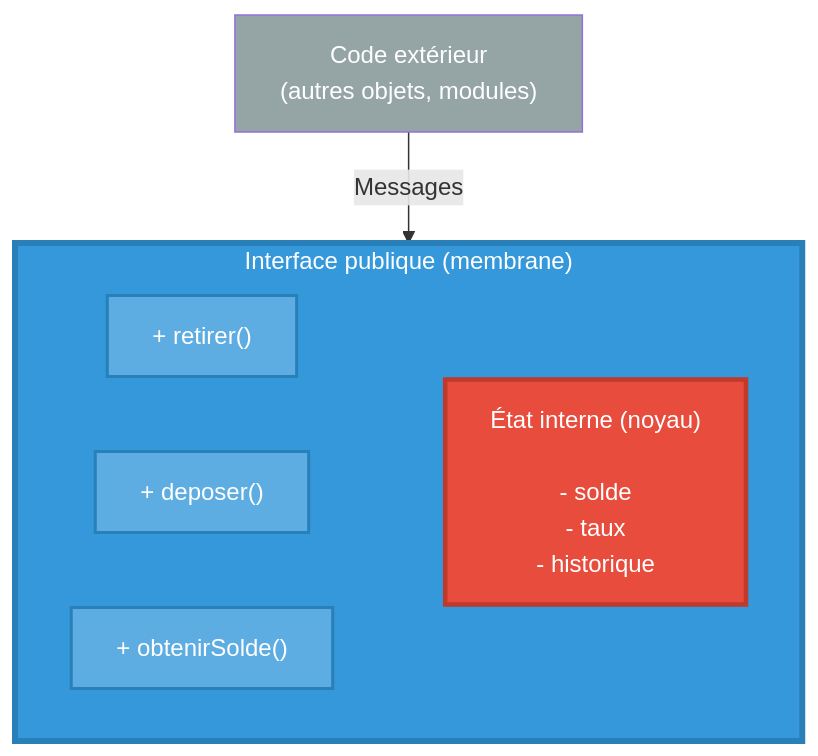
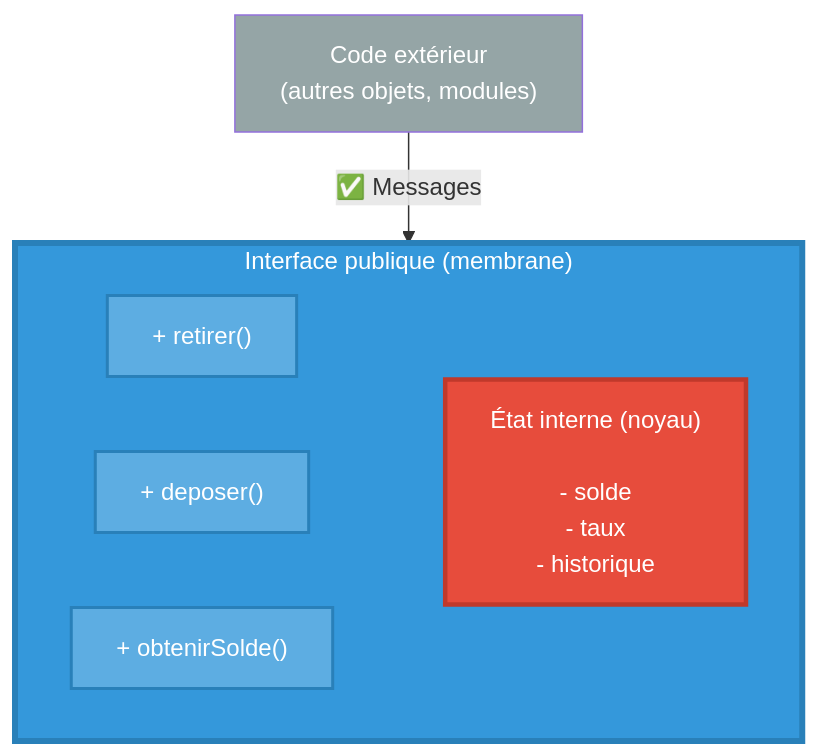
One commit to AlexDmr/l3m-2026-2027-apo changed the diagram in Cours/BasesPOO/pourquoi-des-objets.md. Above: the diagram before and after it, drawn with Mermaid. The commit also changed other lines of this file, not shown here.

Commit message:
update Cours/BasesPOO/pourquoi-des-objets.md from ptf-ens

````diff
--- a/Cours/BasesPOO/pourquoi-des-objets.md
+++ b/Cours/BasesPOO/pourquoi-des-objets.md
@@ -67,25 +67,25 @@
 ```mermaid
 graph TB
     EXT["Code extérieur<br/>(autres objets, modules)"]
     
     subgraph MEMBRANE["Interface publique (membrane)"]
         M1["+ retirer()"]
         M2["+ deposer()"]
         M3["+ obtenirSolde()"]
         
         NOYAU["État interne (noyau)<br/><br/>- solde<br/>- taux<br/>- historique"]
         
         M1 ~~~ NOYAU
         M2 ~~~ NOYAU
         M3 ~~~ NOYAU
     end
     
-    EXT -->|"Messages"| MEMBRANE
+    EXT -->|"✅ Messages"| MEMBRANE
     
     style MEMBRANE fill:#3498db,stroke:#2980b9,stroke-width:4px,color:#fff
     style NOYAU fill:#e74c3c,stroke:#c0392b,stroke-width:3px,color:#fff
     style M1 fill:#5dade2,stroke:#2980b9,stroke-width:2px,color:#fff
     style M2 fill:#5dade2,stroke:#2980b9,stroke-width:2px,color:#fff
     style M3 fill:#5dade2,stroke:#2980b9,stroke-width:2px,color:#fff
     style EXT fill:#95a5a6,color:#fff
 ```
````
